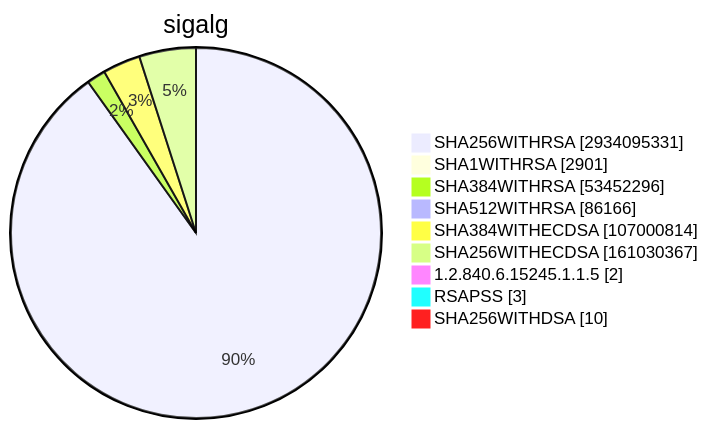
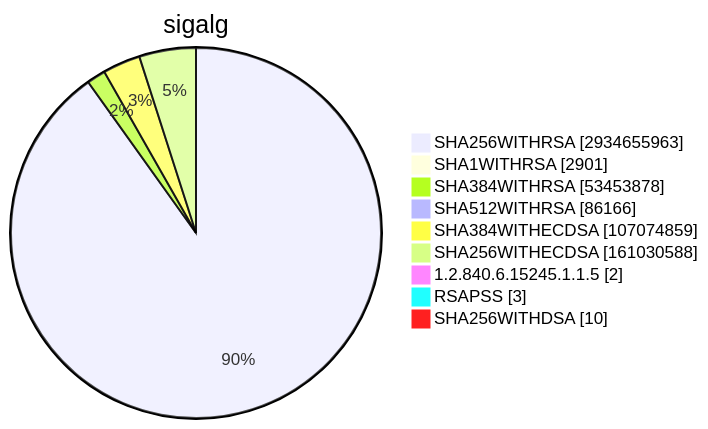
Before and after one commit to christiankrug/ctmonitor_visualization: diagram 15 of 15 in TOTAL/README.md, drawn with Mermaid. The commit also changed other lines of this file, not shown here.

````diff
--- a/TOTAL/README.md
+++ b/TOTAL/README.md
@@ -6207,13 +6207,13 @@
 ```mermaid
 pie showData
 title sigalg
-"SHA256WITHRSA" :2934095331
+"SHA256WITHRSA" :2934655963
 "SHA1WITHRSA" :2901
-"SHA384WITHRSA" :53452296
+"SHA384WITHRSA" :53453878
 "SHA512WITHRSA" :86166
-"SHA384WITHECDSA" :107000814
-"SHA256WITHECDSA" :161030367
+"SHA384WITHECDSA" :107074859
+"SHA256WITHECDSA" :161030588
 "1.2.840.6.15245.1.1.5" :2
 "RSAPSS" :3
 "SHA256WITHDSA" :10
 ```
````
